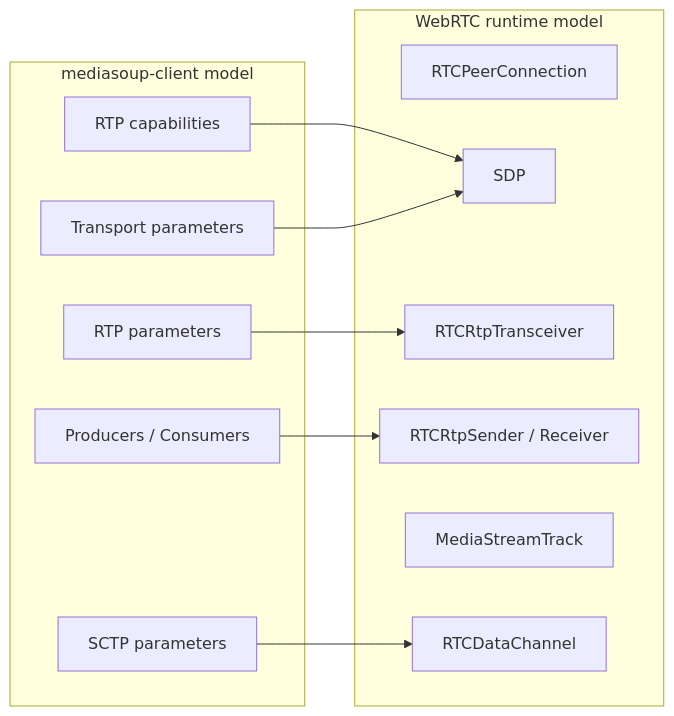
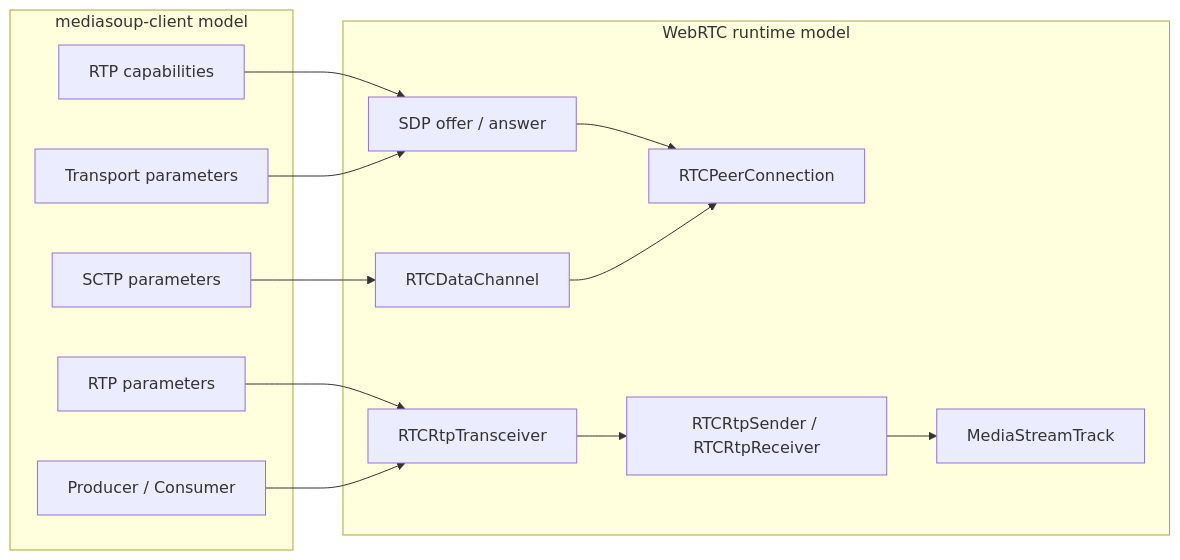
Before and after one commit to piranna/piranna.github.io: the fourth of 28 diagrams in _drafts/Beyond-the-Browser-Running-mediasoup-client-in-Node.js-as-a-Headless-WebRTC-Endpoint.md, drawn with Mermaid. The commit also changed other lines of this file, not shown here.

````diff
--- a/_drafts/Beyond-the-Browser-Running-mediasoup-client-in-Node.js-as-a-Headless-WebRTC-Endpoint.md
+++ b/_drafts/Beyond-the-Browser-Running-mediasoup-client-in-Node.js-as-a-Headless-WebRTC-Endpoint.md
@@ -437,26 +428,30 @@
 ```mermaid
 flowchart LR
 
 subgraph Mediasoup["mediasoup-client model"]
-  A["RTP capabilities"]
-  B["Transport parameters"]
-  C["RTP parameters"]
-  D["SCTP parameters"]
-  E["Producers / Consumers"]
+  Capabilities["RTP capabilities"]
+  Transport["Transport parameters"]
+  RTP["RTP parameters"]
+  SCTP["SCTP parameters"]
+  Entities["Producer / Consumer"]
 end
 
 subgraph WebRTC["WebRTC runtime model"]
-  F["RTCPeerConnection"]
-  G["SDP"]
-  H["RTCRtpTransceiver"]
-  I["RTCRtpSender / Receiver"]
-  J["MediaStreamTrack"]
-  K["RTCDataChannel"]
+  PC["RTCPeerConnection"]
+  SDP["SDP offer / answer"]
+  Transceiver["RTCRtpTransceiver"]
+  SenderReceiver["RTCRtpSender / RTCRtpReceiver"]
+  Track["MediaStreamTrack"]
+  DC["RTCDataChannel"]
 end
 
-A --> G
-B --> G
-C --> H
-D --> K
-E --> I
+Capabilities --> SDP
+Transport --> SDP
+SDP --> PC
+RTP --> Transceiver
+Entities --> Transceiver
+Transceiver --> SenderReceiver
+SenderReceiver --> Track
+SCTP --> DC
+DC --> PC
 ```
````
